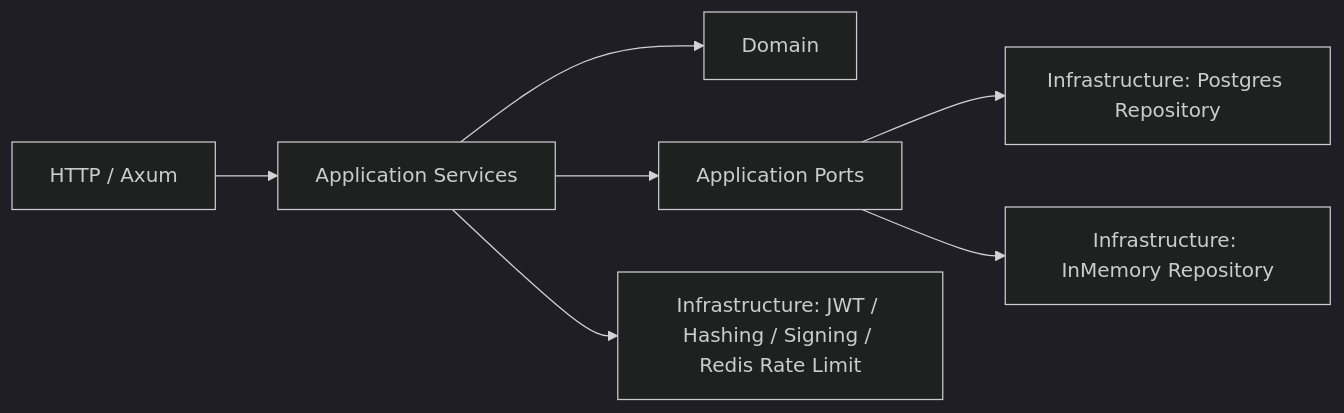
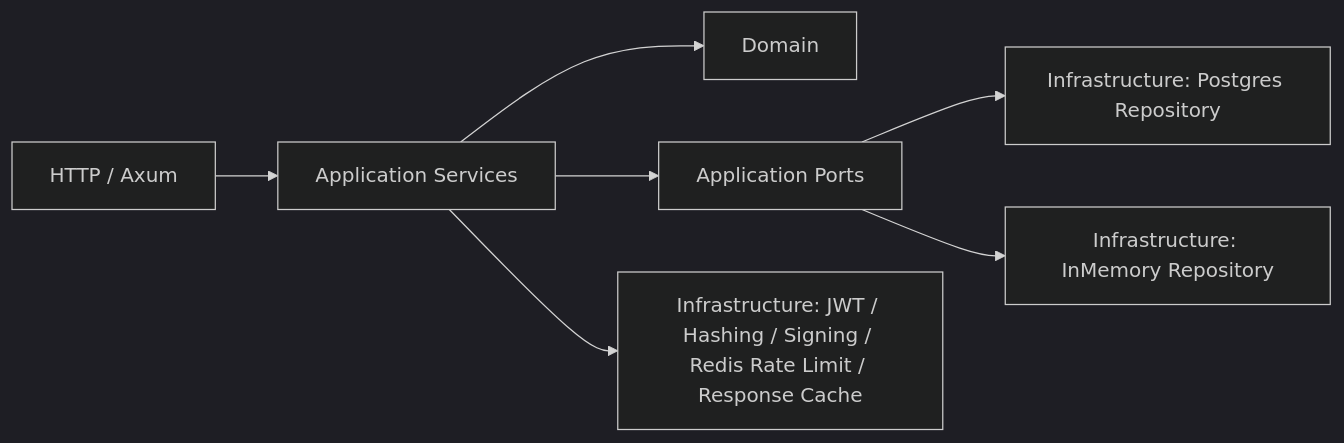
The first of 4 diagrams in README.md (Cricko7/resum-vizor), drawn with Mermaid (dark theme) before and after one commit. The commit also changed other lines of this file, not shown here.

````diff
--- a/README.md
+++ b/README.md
@@ -138,9 +138,9 @@
 ```mermaid
 flowchart LR
     A["HTTP / Axum"] --> B["Application Services"]
     B --> C["Domain"]
     B --> D["Application Ports"]
     D --> E["Infrastructure: Postgres Repository"]
     D --> F["Infrastructure: InMemory Repository"]
-    B --> G["Infrastructure: JWT / Hashing / Signing / Redis Rate Limit"]
+    B --> G["Infrastructure: JWT / Hashing / Signing / Redis Rate Limit / Response Cache"]
 ```
````
